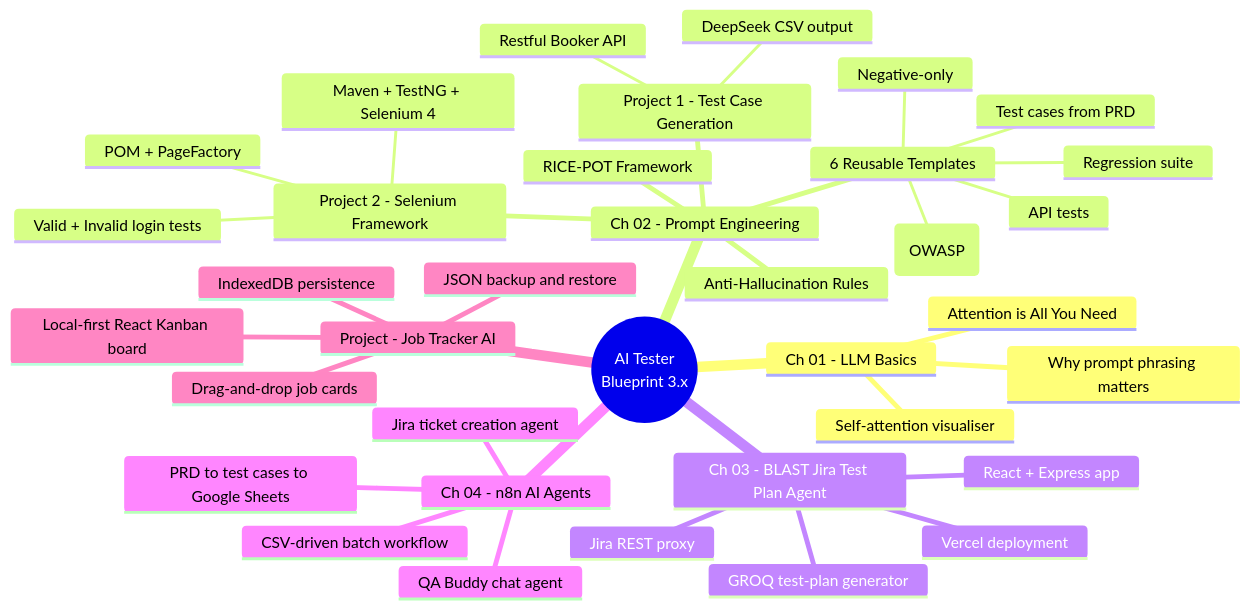
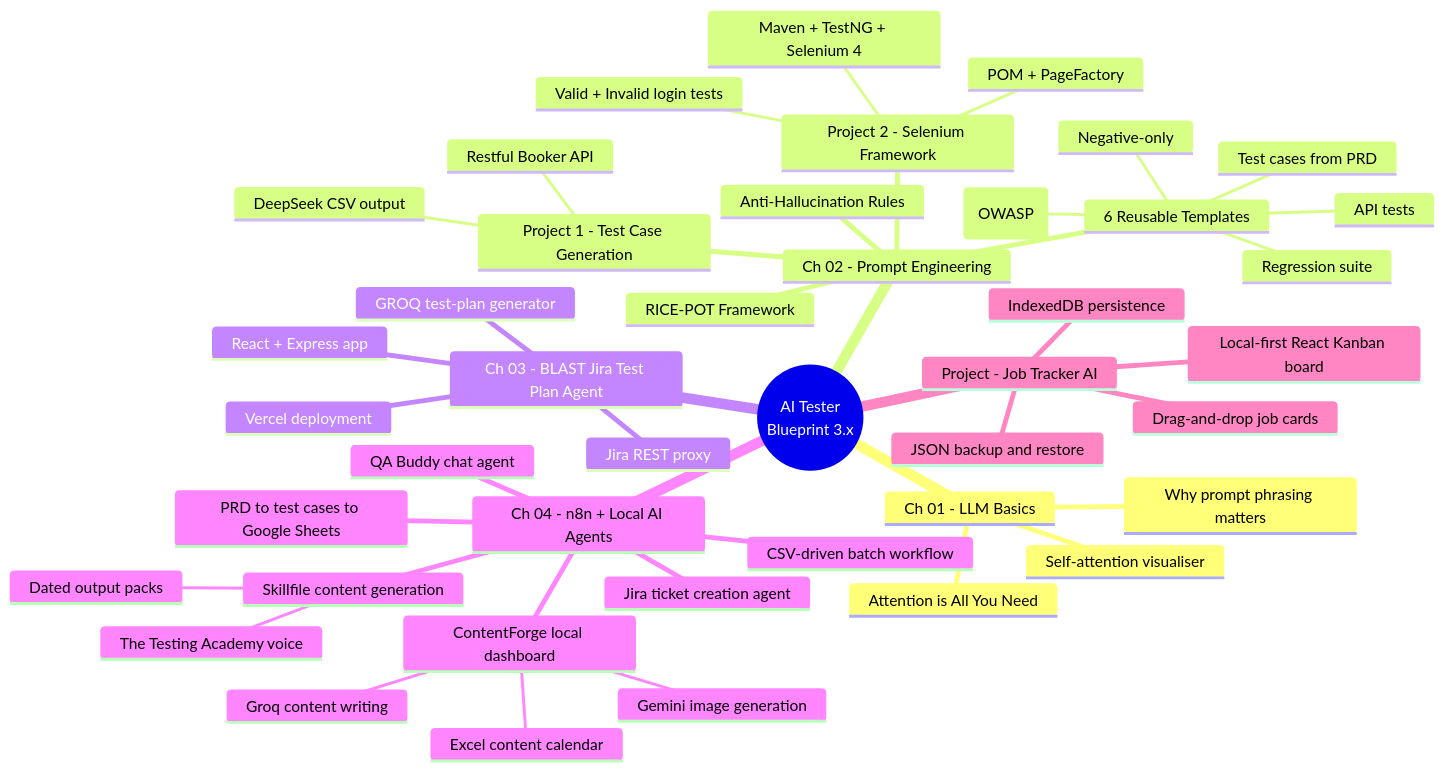
Before and after one commit to Gurpreet-it/AI-Test: the first of 4 diagrams in README.md, drawn with Mermaid. The commit also changed other lines of this file, not shown here.

````diff
--- a/README.md
+++ b/README.md
@@ -14,39 +14,46 @@
 ```mermaid
 mindmap
   root((AI Tester<br/>Blueprint 3.x))
     Ch 01 - LLM Basics
       Attention is All You Need
       Self-attention visualiser
       Why prompt phrasing matters
     Ch 02 - Prompt Engineering
       Anti-Hallucination Rules
       RICE-POT Framework
       Project 1 - Test Case Generation
         Restful Booker API
         DeepSeek CSV output
       Project 2 - Selenium Framework
         Maven + TestNG + Selenium 4
         POM + PageFactory
         Valid + Invalid login tests
       6 Reusable Templates
         Test cases from PRD
         API tests
         Negative-only
         Security (OWASP)
         Regression suite
     Ch 03 - BLAST Jira Test Plan Agent
       React + Express app
       Jira REST proxy
       GROQ test-plan generator
       Vercel deployment
-    Ch 04 - n8n AI Agents
+    Ch 04 - n8n + Local AI Agents
       QA Buddy chat agent
       Jira ticket creation agent
       PRD to test cases to Google Sheets
       CSV-driven batch workflow
+      ContentForge local dashboard
+        Groq content writing
+        Gemini image generation
+        Excel content calendar
+      Skillfile content generation
+        The Testing Academy voice
+        Dated output packs
     Project - Job Tracker AI
       Local-first React Kanban board
       IndexedDB persistence
       Drag-and-drop job cards
       JSON backup and restore
 ```
````
